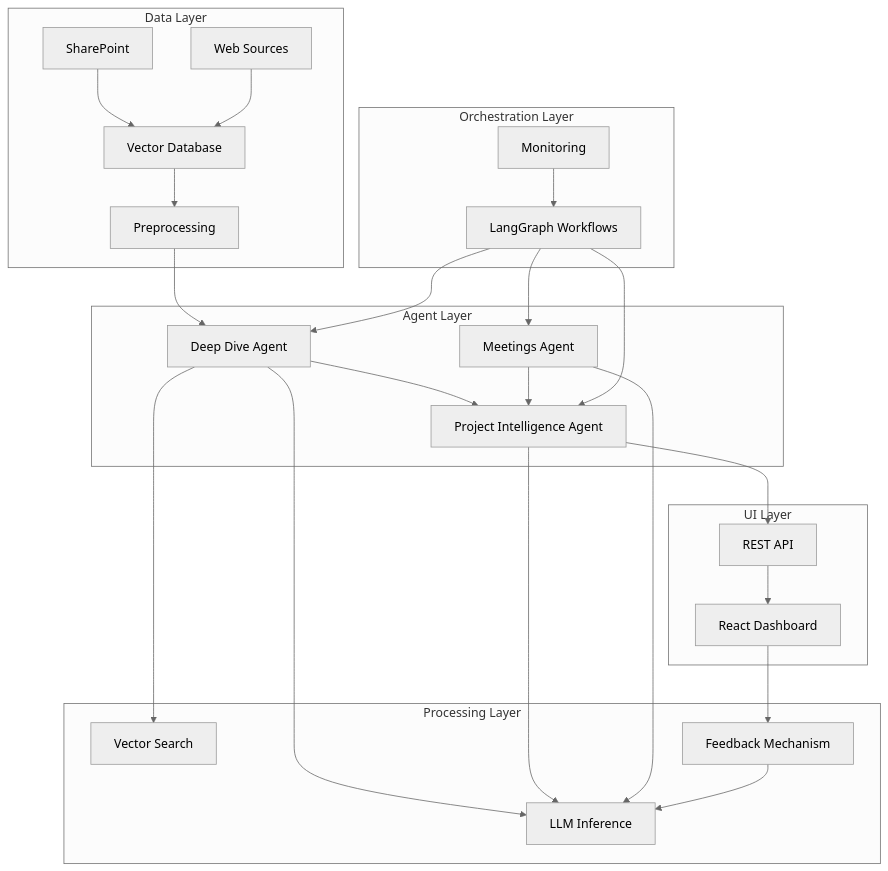
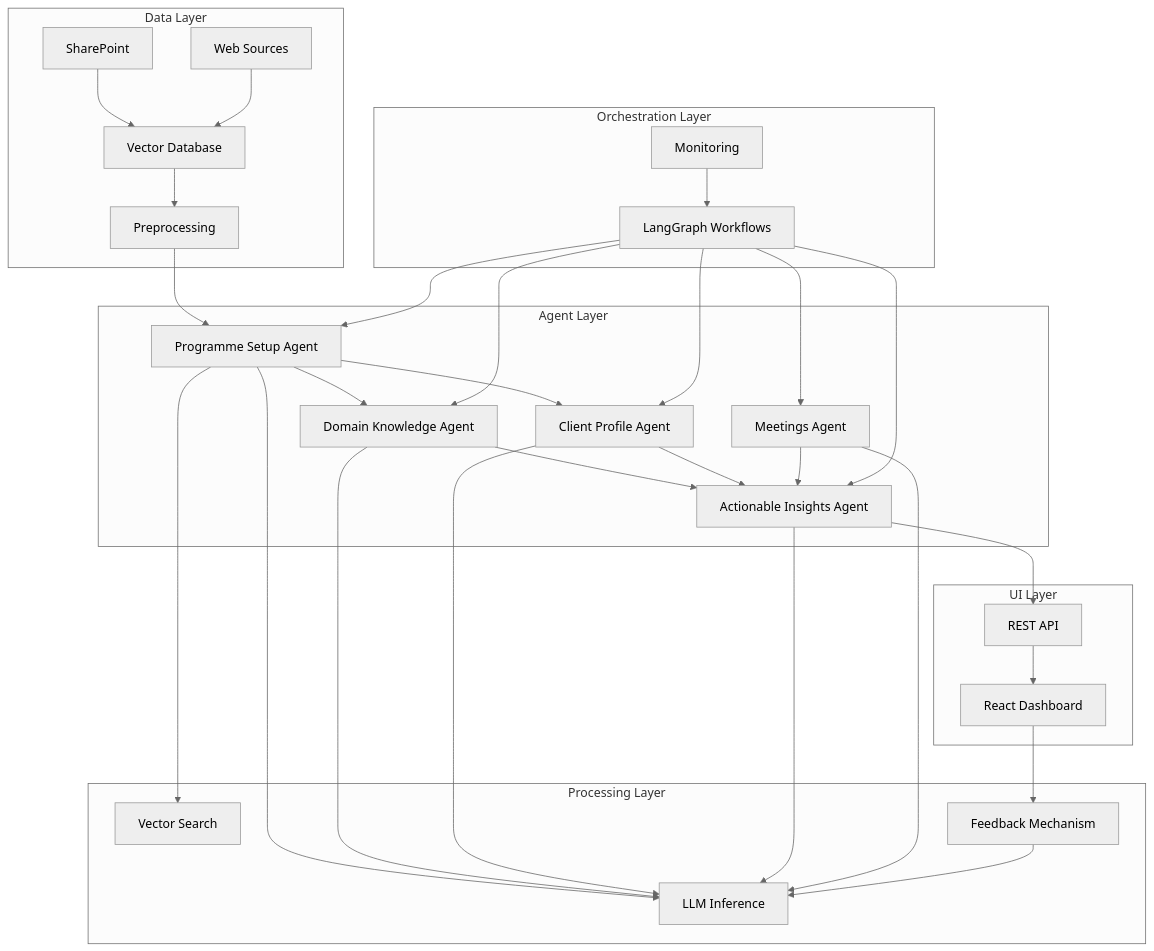
Before and after one commit to KSProjectX/KS-onboarding: the third of 4 diagrams in doc/images/diagrams.md, drawn with Mermaid (neutral theme). The commit also changed other lines of this file and 13 other files, not shown here.

````diff
--- a/doc/images/diagrams.md
+++ b/doc/images/diagrams.md
@@ -39,49 +54,58 @@
 ```mermaid
 graph TD
     subgraph Data Layer
         A1[SharePoint]
         A2[Web Sources]
         A3[Vector Database]
         A4[Preprocessing]
         A1 --> A3
         A2 --> A3
         A3 --> A4
     end
 
     subgraph Agent Layer
-        B1[Deep Dive Agent]
-        B2[Project Intelligence Agent]
-        B3[Meetings Agent]
+        B1[Programme Setup Agent]
+        B2[Domain Knowledge Agent]
+        B3[Client Profile Agent]
+        B4[Actionable Insights Agent]
+        B5[Meetings Agent]
         A4 --> B1
         B1 --> B2
-        B3 --> B2
+        B1 --> B3
+        B2 --> B4
+        B3 --> B4
+        B5 --> B4
     end
 
     subgraph Processing Layer
         C1[LLM Inference]
         C2[Vector Search]
         C3[Feedback Mechanism]
         B1 --> C1
         B1 --> C2
         B2 --> C1
         B3 --> C1
+        B4 --> C1
+        B5 --> C1
         C3 --> C1
     end
 
     subgraph UI Layer
         D1[React Dashboard]
         D2[REST API]
-        B2 --> D2
+        B4 --> D2
         D2 --> D1
         D1 --> C3
     end
 
     subgraph Orchestration Layer
         E1[LangGraph Workflows]
         E2[Monitoring]
         E1 --> B1
         E1 --> B2
         E1 --> B3
+        E1 --> B4
+        E1 --> B5
         E2 --> E1
     end
 ```
````
